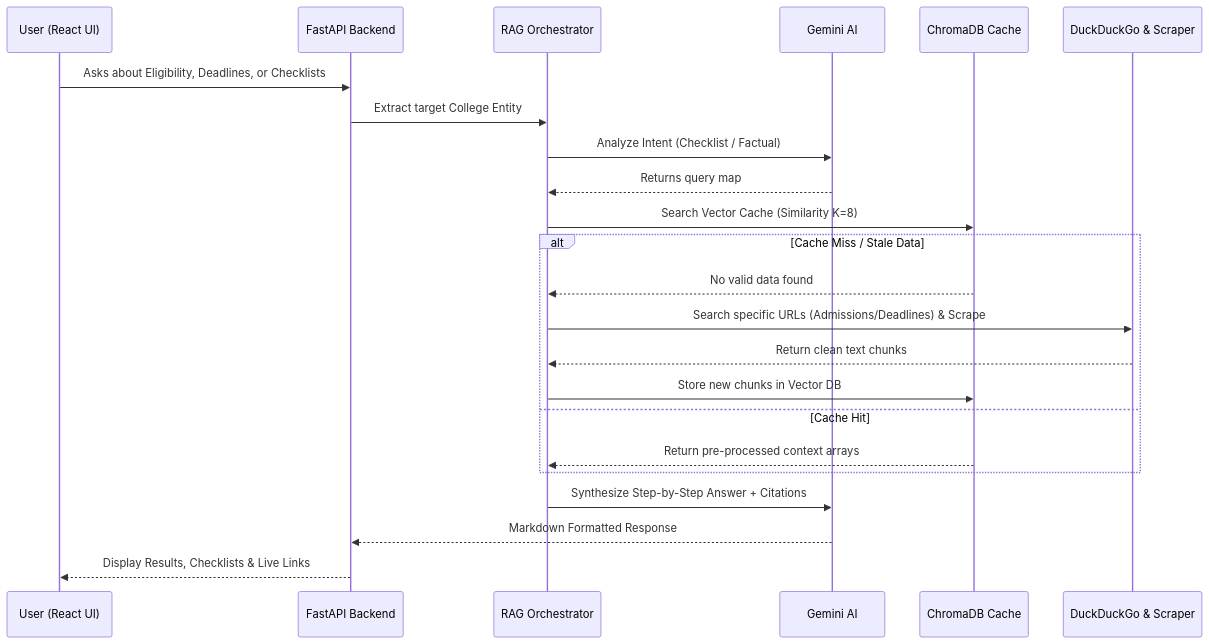
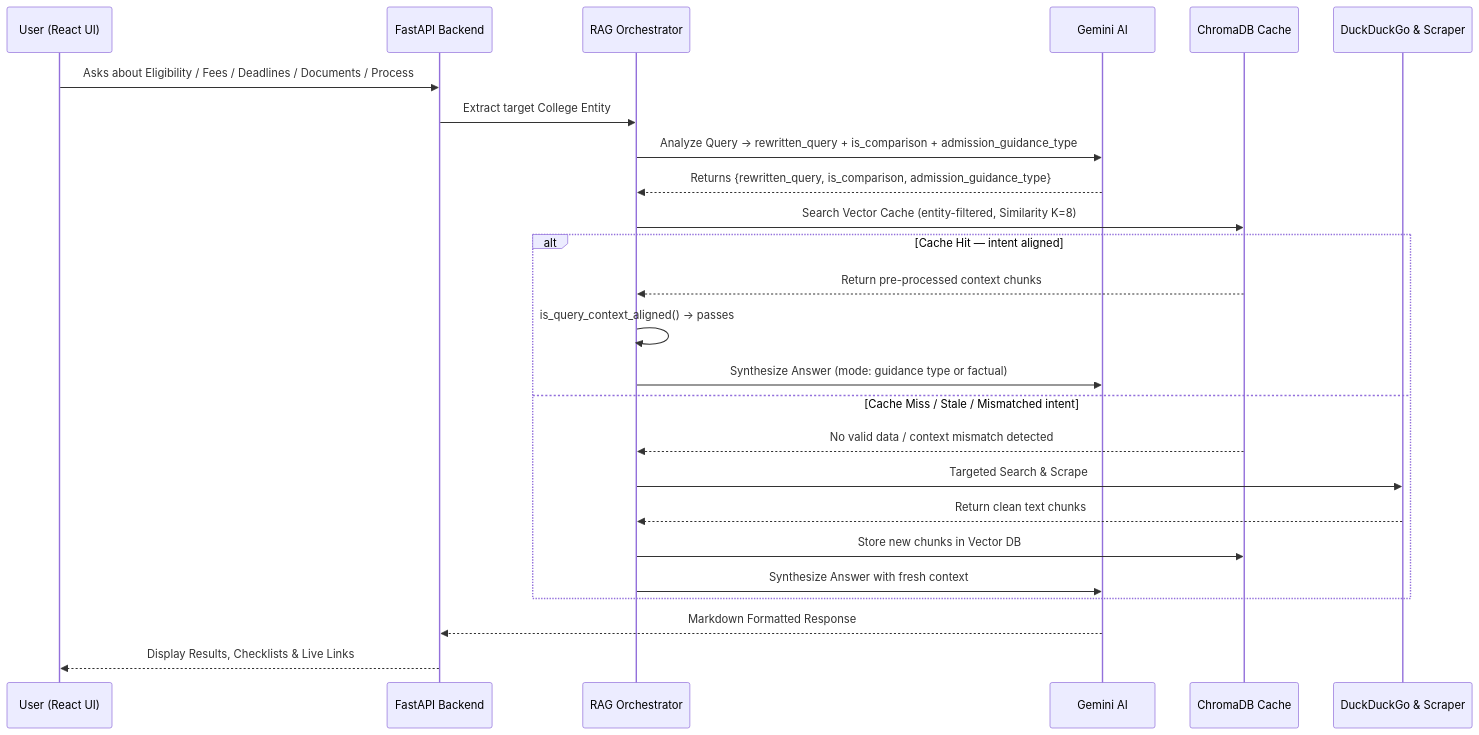
One commit to sanjaycit/admission_assistant_ai_mini_project changed the first of 2 diagrams in README.md. Above: the diagram before and after it, drawn with Mermaid. The commit also changed other lines of this file, not shown here.

````diff
--- a/README.md
+++ b/README.md
@@ -29,28 +31,30 @@
 ```mermaid
 sequenceDiagram
     participant U as User (React UI)
     participant API as FastAPI Backend
     participant RAG as RAG Orchestrator
     participant LLM as Gemini AI
     participant DB as ChromaDB Cache
     participant Web as DuckDuckGo & Scraper
 
-    U->>API: Asks about Eligibility, Deadlines, or Checklists
+    U->>API: Asks about Eligibility / Fees / Deadlines / Documents / Process
     API->>RAG: Extract target College Entity
-    RAG->>LLM: Analyze Intent (Checklist / Factual)
-    LLM-->>RAG: Returns query map
-    RAG->>DB: Search Vector Cache (Similarity K=8)
-    
-    alt Cache Miss / Stale Data
-        DB-->>RAG: No valid data found
-        RAG->>Web: Search specific URLs (Admissions/Deadlines) & Scrape
+    RAG->>LLM: Analyze Query → rewritten_query + is_comparison + admission_guidance_type
+    LLM-->>RAG: Returns {rewritten_query, is_comparison, admission_guidance_type}
+    RAG->>DB: Search Vector Cache (entity-filtered, Similarity K=8)
+
+    alt Cache Hit — intent aligned
+        DB-->>RAG: Return pre-processed context chunks
+        RAG->>RAG: is_query_context_aligned() → passes
+        RAG->>LLM: Synthesize Answer (mode: guidance type or factual)
+    else Cache Miss / Stale / Mismatched intent
+        DB-->>RAG: No valid data / context mismatch detected
+        RAG->>Web: Targeted Search & Scrape
         Web-->>RAG: Return clean text chunks
         RAG->>DB: Store new chunks in Vector DB
-    else Cache Hit
-        DB-->>RAG: Return pre-processed context arrays
+        RAG->>LLM: Synthesize Answer with fresh context
     end
 
-    RAG->>LLM: Synthesize Step-by-Step Answer + Citations
     LLM-->>API: Markdown Formatted Response
     API-->>U: Display Results, Checklists & Live Links
 ```
````
